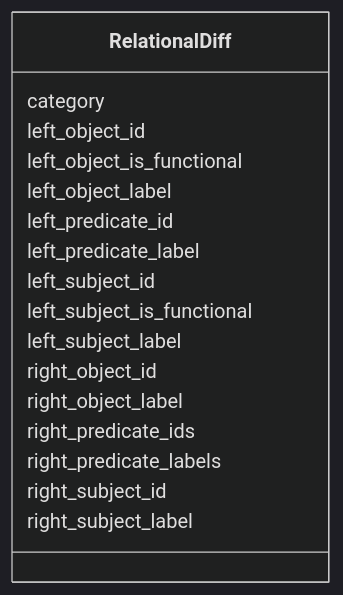
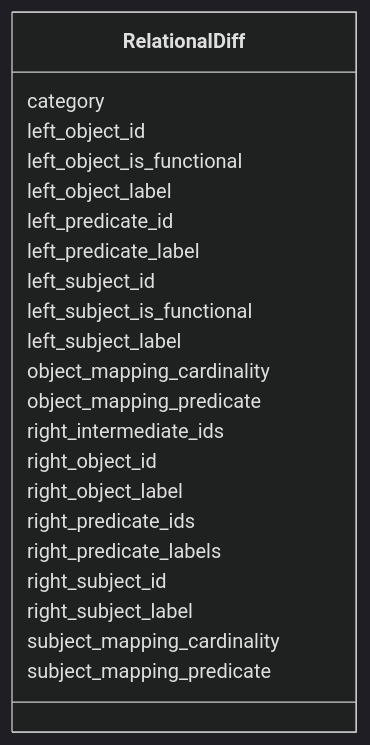
Before and after one commit to cthoyt/ontology-access-kit: the diagram in cross-ontology-diff/RelationalDiff.md, drawn with Mermaid (dark theme). The commit also changed other lines of this file and 152 other files, not shown here.

````diff
--- a/cross-ontology-diff/RelationalDiff.md
+++ b/cross-ontology-diff/RelationalDiff.md
@@ -13,20 +37,25 @@
 ```{mermaid}
  classDiagram
     class RelationalDiff
       RelationalDiff : category
       RelationalDiff : left_object_id
       RelationalDiff : left_object_is_functional
       RelationalDiff : left_object_label
       RelationalDiff : left_predicate_id
       RelationalDiff : left_predicate_label
       RelationalDiff : left_subject_id
       RelationalDiff : left_subject_is_functional
       RelationalDiff : left_subject_label
+      RelationalDiff : object_mapping_cardinality
+      RelationalDiff : object_mapping_predicate
+      RelationalDiff : right_intermediate_ids
       RelationalDiff : right_object_id
       RelationalDiff : right_object_label
       RelationalDiff : right_predicate_ids
       RelationalDiff : right_predicate_labels
       RelationalDiff : right_subject_id
       RelationalDiff : right_subject_label
+      RelationalDiff : subject_mapping_cardinality
+      RelationalDiff : subject_mapping_predicate
       
 ```
````
